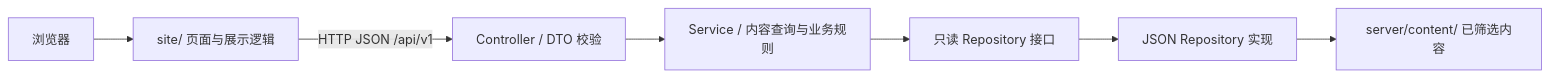
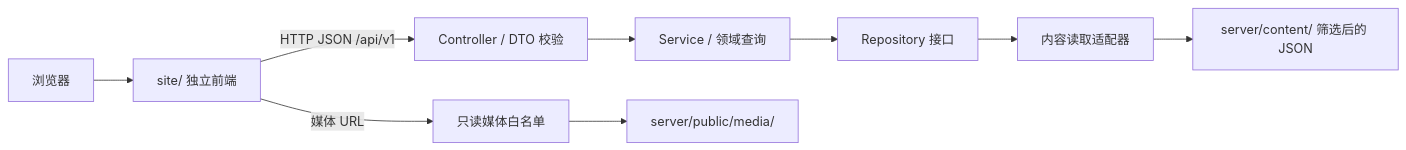
Before and after one commit to ZMJJKK123-hub/myself-blog: the diagram in docs/ARCHITECTURE.md, drawn with Mermaid. The commit also changed other lines of this file and 124 other files, not shown here.

````diff
--- a/docs/ARCHITECTURE.md
+++ b/docs/ARCHITECTURE.md
@@ -32,9 +9,11 @@
 ```mermaid
 flowchart LR
-  Browser[浏览器] --> Frontend[site/ 页面与展示逻辑]
+  Browser[浏览器] --> Frontend[site/ 独立前端]
   Frontend -->|HTTP JSON /api/v1| Controller[Controller / DTO 校验]
-  Controller --> Service[Service / 内容查询与业务规则]
-  Service --> Port[只读 Repository 接口]
-  Port --> Repository[JSON Repository 实现]
-  Repository --> Content[server/content/ 已筛选内容]
+  Controller --> Service[Service / 领域查询]
+  Service --> Port[Repository 接口]
+  Port --> Adapter[内容读取适配器]
+  Adapter --> Content[server/content/ 筛选后的 JSON]
+  Frontend -->|媒体 URL| Media[只读媒体白名单]
+  Media --> Photos[server/public/media/]
 ```
````
